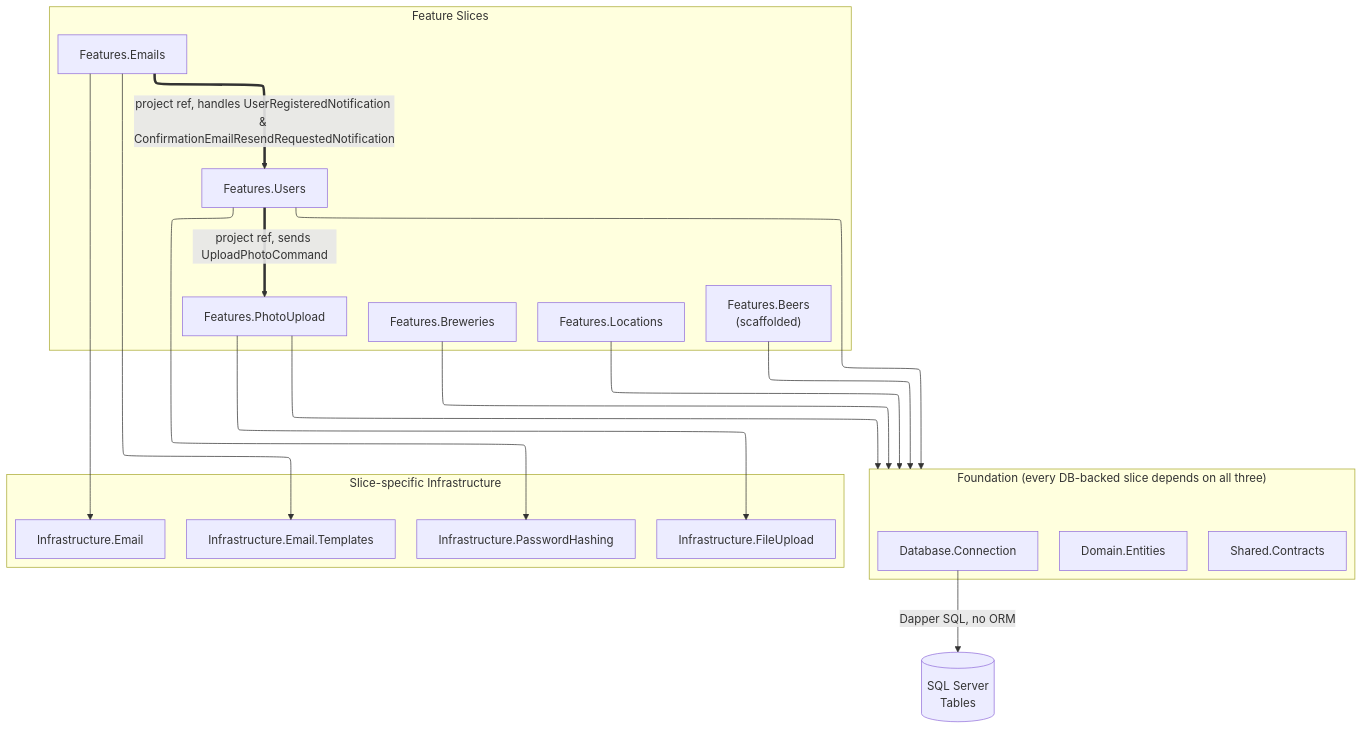
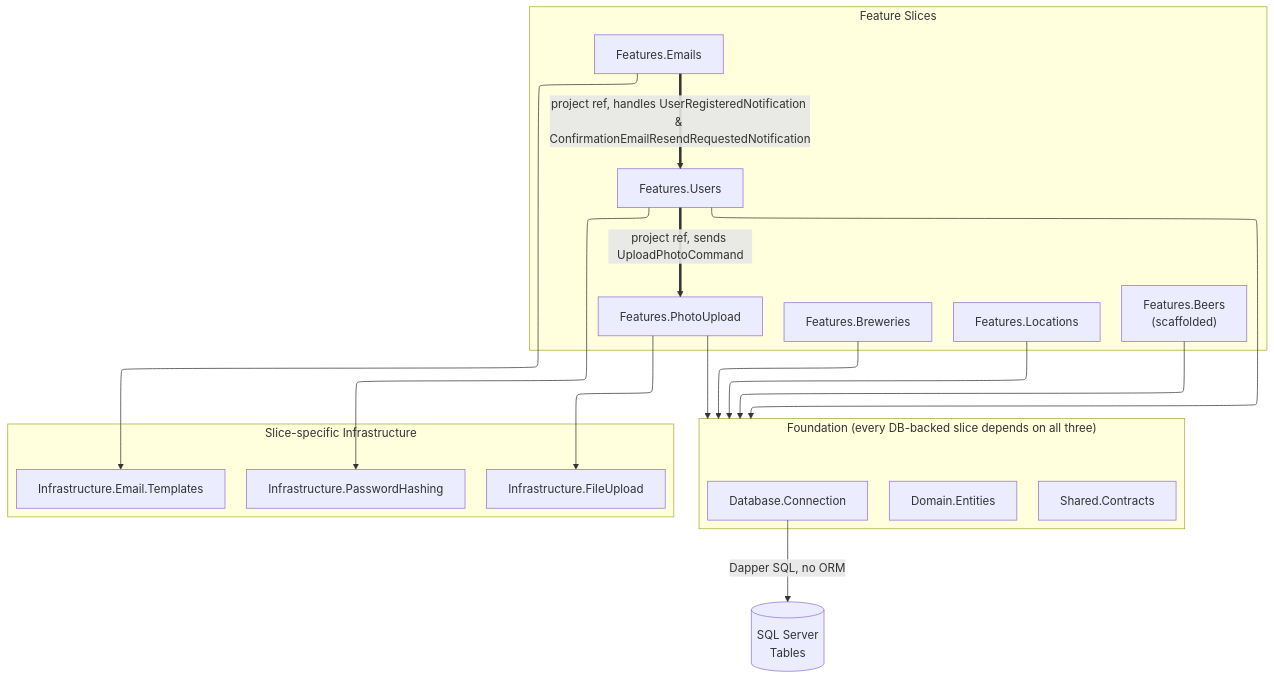
The diagram in docs/web/diagrams/vertical-slice/project-references.mmd (aaronpo97/the-biergarten-app), drawn with Mermaid before and after one commit. The commit also changed 4 other files, not shown here.

Commit message:
Update web docs for Infrastructure.Email move (#289)

```diff
--- a/docs/web/diagrams/vertical-slice/project-references.mmd
+++ b/docs/web/diagrams/vertical-slice/project-references.mmd
@@ -1,40 +1,39 @@
 ---
 config:
    layout: elk
 ---
 
 flowchart TB
 subgraph SLICES["Feature Slices"]
 direction LR
 BrewerySlice["Features.Breweries"]
 LocationsSlice["Features.Locations"]
 BeersSlice["Features.Beers<br>(scaffolded)"]
 PhotoSlice["Features.PhotoUpload"]
 UsersSlice["Features.Users"]
 EmailsSlice["Features.Emails"]
 end
 
 subgraph FOUNDATION["Foundation (every DB-backed slice depends on all three)"]
 direction LR
 SharedContracts["Shared.Contracts"]
 Domain["Domain.Entities"]
 DBConn["Database.Connection"]
 end
 
 subgraph INFRA["Slice-specific Infrastructure"]
 direction LR
 PwdHash["Infrastructure.PasswordHashing"]
 FileUpload["Infrastructure.FileUpload"]
-Email["Infrastructure.Email"]
 EmailTemplates["Infrastructure.Email.Templates"]
 end
 
 UsersSlice == project ref, sends UploadPhotoCommand ==> PhotoSlice
 EmailsSlice == project ref, handles UserRegisteredNotification & ConfirmationEmailResendRequestedNotification ==> UsersSlice
 BrewerySlice --> FOUNDATION
 LocationsSlice --> FOUNDATION
 BeersSlice --> FOUNDATION
 PhotoSlice --> FOUNDATION & FileUpload
 UsersSlice --> FOUNDATION & PwdHash
-EmailsSlice --> Email & EmailTemplates
+EmailsSlice --> EmailTemplates
 DBConn -- Dapper SQL, no ORM --> Tables[("SQL Server<br>Tables")]
```
